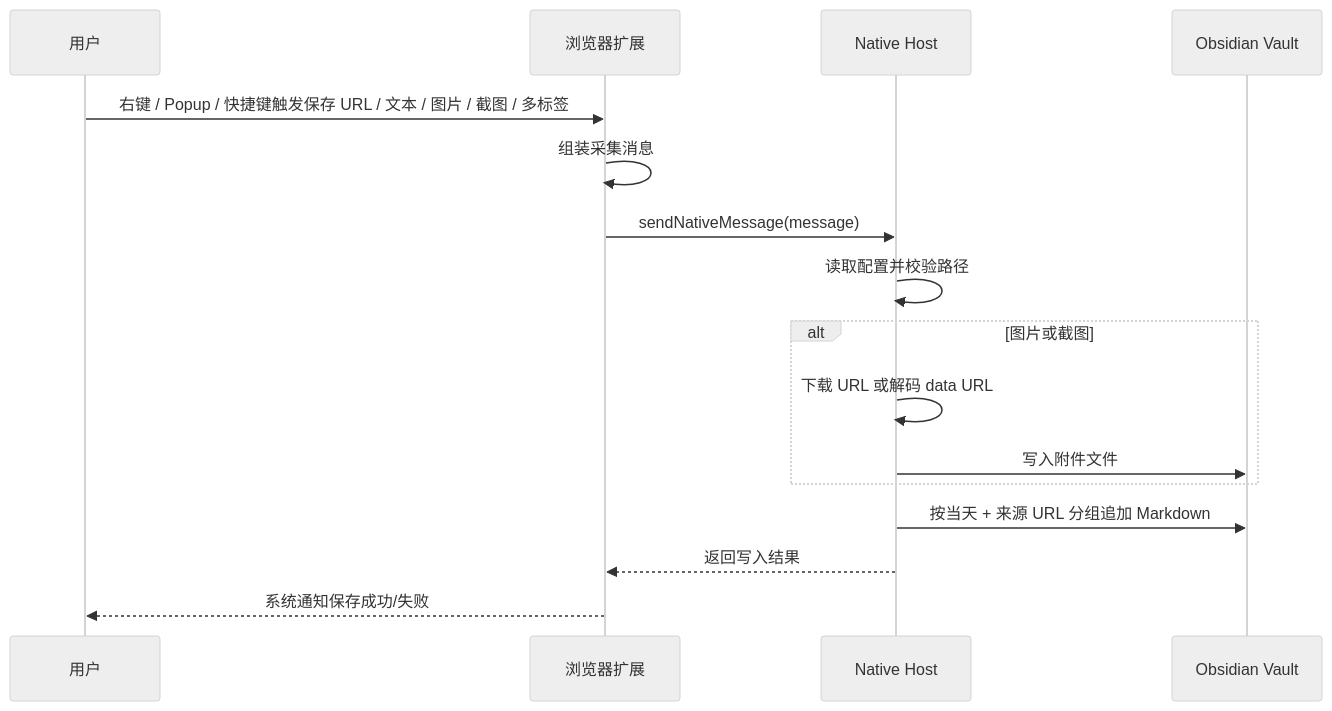
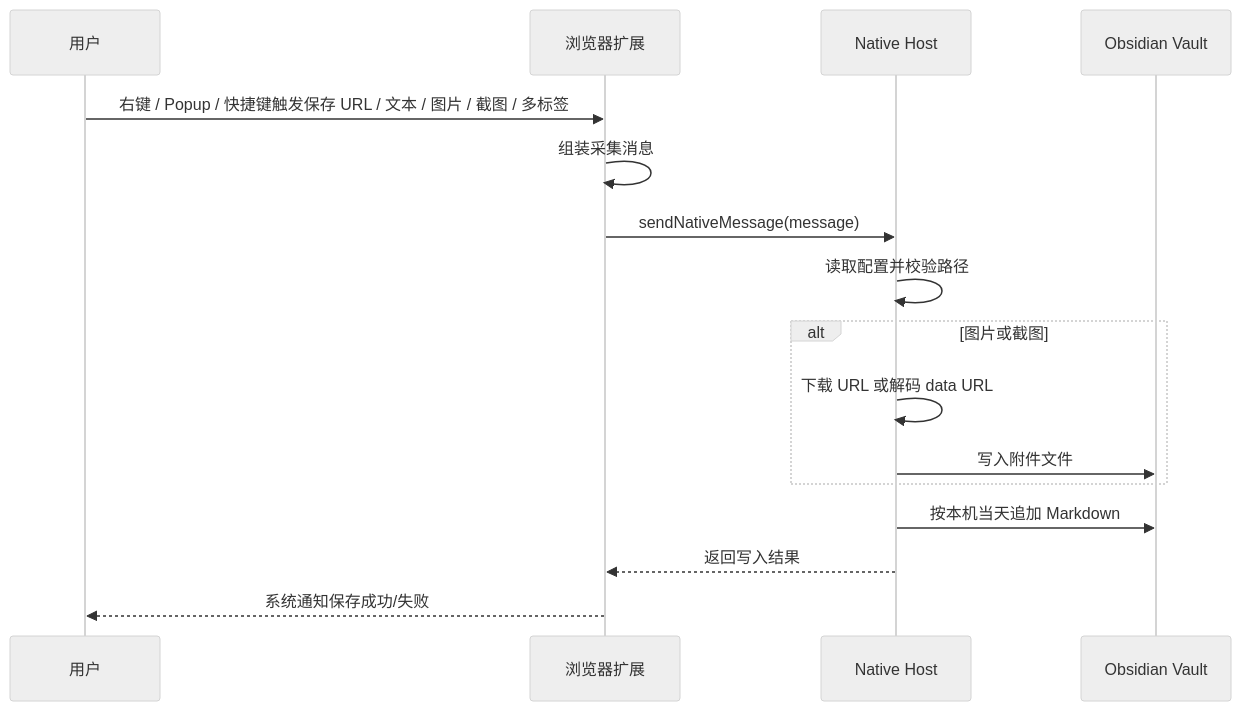
Before and after one commit to bantubanjiu/yishan: the second of 2 diagrams in README.md, drawn with Mermaid (neutral theme). The commit also changed other lines of this file and 8 other files, not shown here.

````diff
--- a/README.md
+++ b/README.md
@@ -66,19 +66,19 @@
 ```mermaid
 sequenceDiagram
   participant U as 用户
   participant E as 浏览器扩展
   participant H as Native Host
   participant V as Obsidian Vault
 
   U->>E: 右键 / Popup / 快捷键触发保存 URL / 文本 / 图片 / 截图 / 多标签
   E->>E: 组装采集消息
   E->>H: sendNativeMessage(message)
   H->>H: 读取配置并校验路径
   alt 图片或截图
     H->>H: 下载 URL 或解码 data URL
     H->>V: 写入附件文件
   end
-  H->>V: 按当天 + 来源 URL 分组追加 Markdown
+  H->>V: 按本机当天追加 Markdown
   H-->>E: 返回写入结果
   E-->>U: 系统通知保存成功/失败
 ```
````
